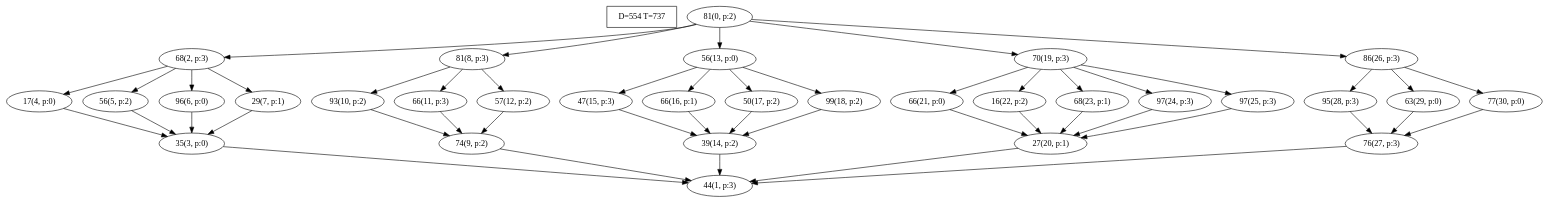
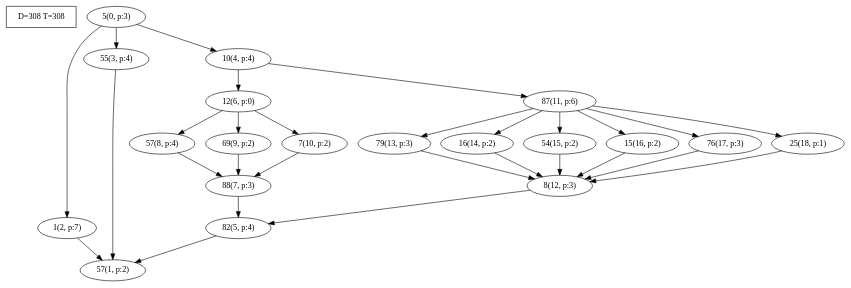
One commit to gzqx/global-dag-randomization changed the diagram in res/generated_dags/taskset_51/task_0.dot. Above: the diagram before and after it, drawn with Graphviz. The commit also changed 119 other files, not shown here.

```diff
--- a/res/generated_dags/taskset_51/task_0.dot
+++ b/res/generated_dags/taskset_51/task_0.dot
@@ -1,82 +1,50 @@
 digraph Task {
-i [shape=box, label="D=554 T=737"]; 
-0 [label="81(0, p:2)"];
-1 [label="44(1, p:3)"];
-2 [label="68(2, p:3)"];
-3 [label="35(3, p:0)"];
-4 [label="17(4, p:0)"];
-5 [label="56(5, p:2)"];
-6 [label="96(6, p:0)"];
-7 [label="29(7, p:1)"];
-8 [label="81(8, p:3)"];
-9 [label="74(9, p:2)"];
-10 [label="93(10, p:2)"];
-11 [label="66(11, p:3)"];
-12 [label="57(12, p:2)"];
-13 [label="56(13, p:0)"];
-14 [label="39(14, p:2)"];
-15 [label="47(15, p:3)"];
-16 [label="66(16, p:1)"];
-17 [label="50(17, p:2)"];
-18 [label="99(18, p:2)"];
-19 [label="70(19, p:3)"];
-20 [label="27(20, p:1)"];
-21 [label="66(21, p:0)"];
-22 [label="16(22, p:2)"];
-23 [label="68(23, p:1)"];
-24 [label="97(24, p:3)"];
-25 [label="97(25, p:3)"];
-26 [label="86(26, p:3)"];
-27 [label="76(27, p:3)"];
-28 [label="95(28, p:3)"];
-29 [label="63(29, p:0)"];
-30 [label="77(30, p:0)"];
+i [shape=box, label="D=308 T=308"]; 
+0 [label="5(0, p:3)"];
+1 [label="57(1, p:2)"];
+2 [label="1(2, p:7)"];
+3 [label="55(3, p:4)"];
+4 [label="10(4, p:4)"];
+5 [label="82(5, p:4)"];
+6 [label="12(6, p:0)"];
+7 [label="88(7, p:3)"];
+8 [label="57(8, p:4)"];
+9 [label="69(9, p:2)"];
+10 [label="7(10, p:2)"];
+11 [label="87(11, p:6)"];
+12 [label="8(12, p:3)"];
+13 [label="79(13, p:3)"];
+14 [label="16(14, p:2)"];
+15 [label="54(15, p:2)"];
+16 [label="15(16, p:2)"];
+17 [label="76(17, p:3)"];
+18 [label="25(18, p:1)"];
 0 -> 2;
-0 -> 8;
-0 -> 13;
-0 -> 19;
-0 -> 26;
-2 -> 4;
-2 -> 5;
-2 -> 6;
-2 -> 7;
+0 -> 3;
+0 -> 4;
+2 -> 1;
 3 -> 1;
-4 -> 3;
-5 -> 3;
-6 -> 3;
-7 -> 3;
-8 -> 10;
-8 -> 11;
-8 -> 12;
-9 -> 1;
-10 -> 9;
-11 -> 9;
-12 -> 9;
-13 -> 15;
-13 -> 16;
-13 -> 17;
-13 -> 18;
-14 -> 1;
-15 -> 14;
-16 -> 14;
-17 -> 14;
-18 -> 14;
-19 -> 21;
-19 -> 22;
-19 -> 23;
-19 -> 24;
-19 -> 25;
-20 -> 1;
-21 -> 20;
-22 -> 20;
-23 -> 20;
-24 -> 20;
-25 -> 20;
-26 -> 28;
-26 -> 29;
-26 -> 30;
-27 -> 1;
-28 -> 27;
-29 -> 27;
-30 -> 27;
+4 -> 6;
+4 -> 11;
+5 -> 1;
+6 -> 8;
+6 -> 9;
+6 -> 10;
+7 -> 5;
+8 -> 7;
+9 -> 7;
+10 -> 7;
+11 -> 13;
+11 -> 14;
+11 -> 15;
+11 -> 16;
+11 -> 17;
+11 -> 18;
+12 -> 5;
+13 -> 12;
+14 -> 12;
+15 -> 12;
+16 -> 12;
+17 -> 12;
+18 -> 12;
 }
```
